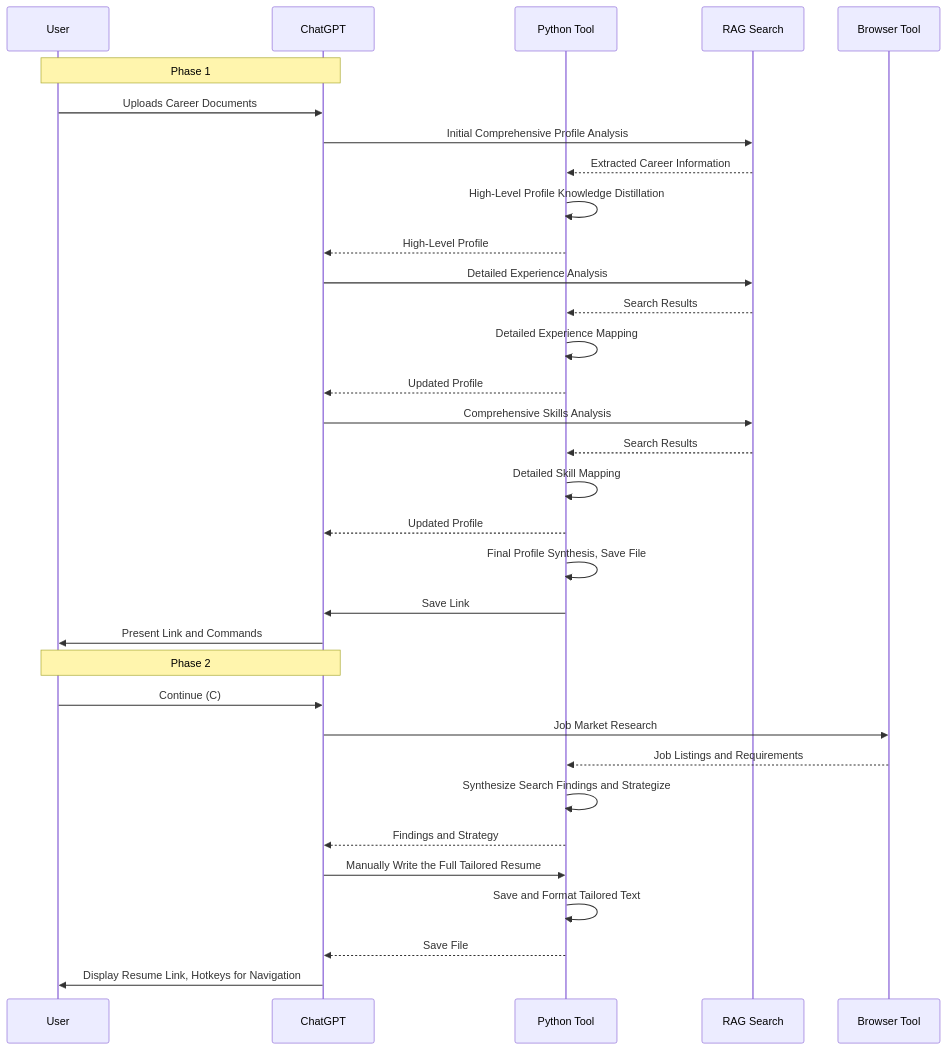
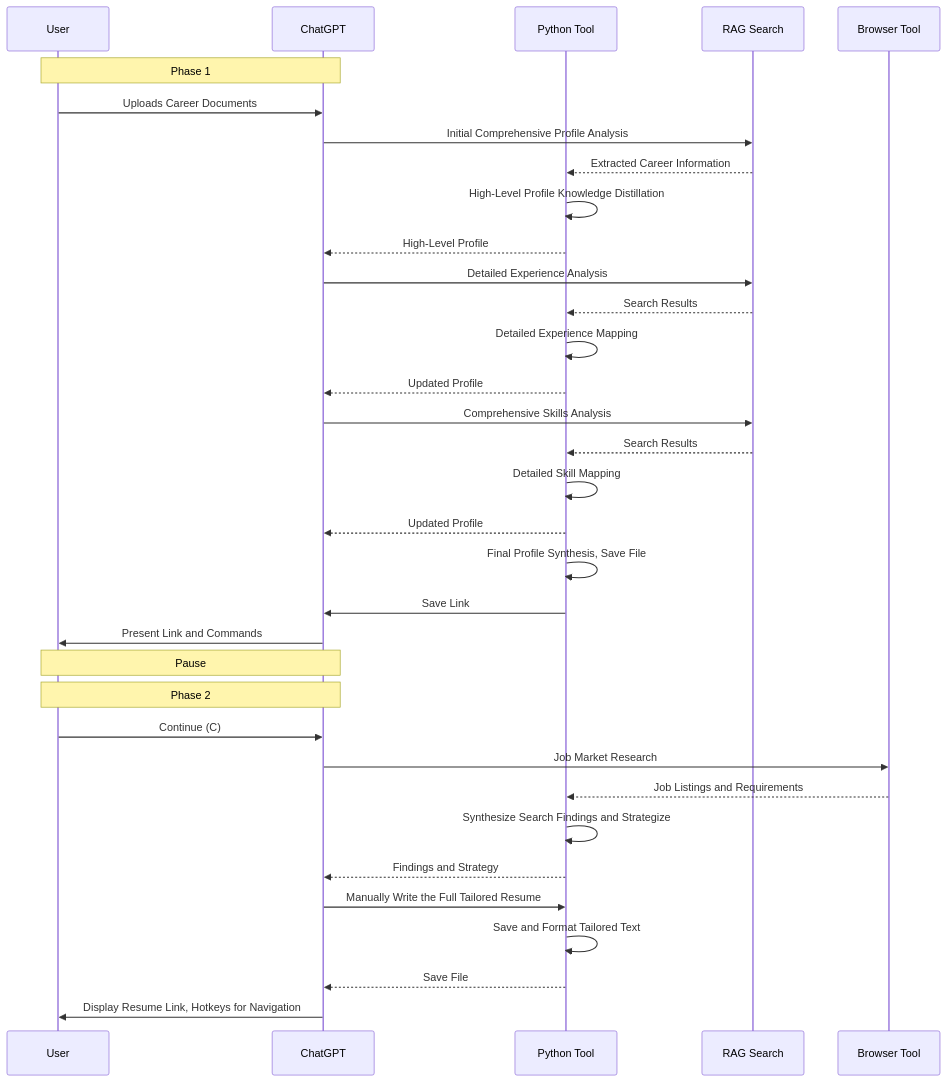
Before and after one commit to nerority/Advanced-GPTs: the third of 11 diagrams in README.md, drawn with Mermaid.

````diff
--- a/README.md
+++ b/README.md
@@ -187,37 +187,38 @@
 ```mermaid
 sequenceDiagram
     participant User
     participant ChatGPT
     participant PythonTool as Python Tool
     participant RAG as RAG Search
     participant Browser as Browser Tool
 
     note over User, ChatGPT: Phase 1
     User->>ChatGPT: Uploads Career Documents
     ChatGPT->>RAG: Initial Comprehensive Profile Analysis
     RAG-->>PythonTool: Extracted Career Information
     PythonTool->>PythonTool: High-Level Profile Knowledge Distillation
     PythonTool-->>ChatGPT: High-Level Profile
     ChatGPT->>RAG: Detailed Experience Analysis
     RAG-->>PythonTool: Search Results
     PythonTool->>PythonTool: Detailed Experience Mapping
     PythonTool-->>ChatGPT: Updated Profile
     ChatGPT->>RAG: Comprehensive Skills Analysis
     RAG-->>PythonTool: Search Results
     PythonTool->>PythonTool: Detailed Skill Mapping
     PythonTool-->>ChatGPT: Updated Profile
     PythonTool->>PythonTool: Final Profile Synthesis, Save File
     PythonTool->>ChatGPT: Save Link
     ChatGPT->>User: Present Link and Commands
+    note over User, ChatGPT: Pause
 
     note over User, ChatGPT: Phase 2
     User->>ChatGPT: Continue (C)
     ChatGPT->>Browser: Job Market Research
     Browser-->>PythonTool: Job Listings and Requirements
     PythonTool->>PythonTool: Synthesize Search Findings and Strategize
     PythonTool-->>ChatGPT: Findings and Strategy
     ChatGPT->>PythonTool: Manually Write the Full Tailored Resume
     PythonTool->>PythonTool: Save and Format Tailored Text
     PythonTool-->>ChatGPT: Save File 
     ChatGPT->>User: Display Resume Link, Hotkeys for Navigation
 ```
````
